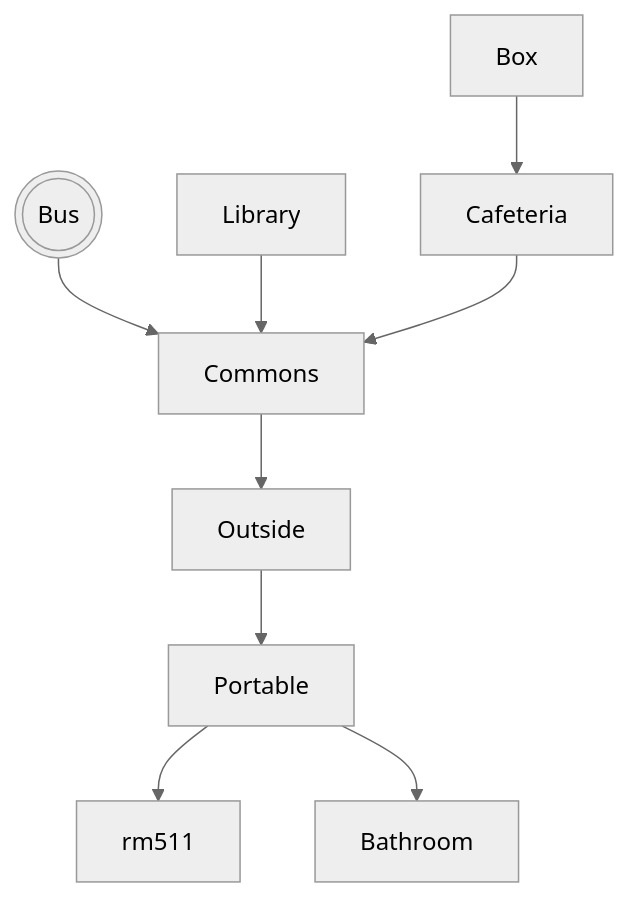
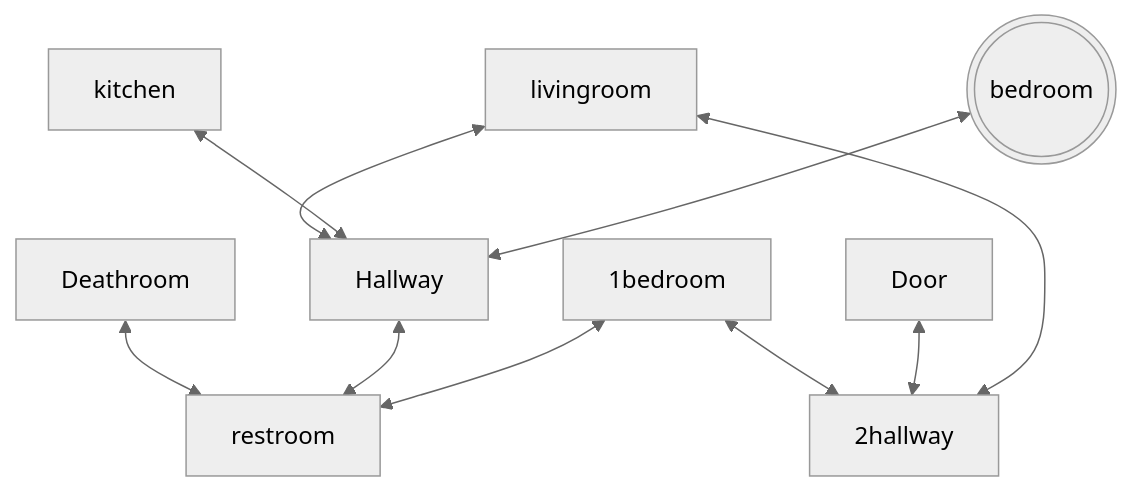
The diagram in projects/game/README.md (1-graybolt/1-graybolt.github.io), drawn with Mermaid (neutral theme) before and after one commit. The commit also changed other lines of this file, not shown here.

````diff
--- a/projects/game/README.md
+++ b/projects/game/README.md
@@ -11,11 +7,12 @@
 ```mermaid
 graph TD;
-    bus(((Bus)))-->Commons;
-    Library-->Commons;
-    Box-->Cafeteria;
-    Cafeteria-->Commons;
-    Commons-->Outside;
-    Outside-->Portable;
-    Portable-->rm511;
-    Portable-->Bathroom;
+    bedroom(((bedroom)))<-->Hallway;
+    kitchen<-->Hallway;
+    livingroom<-->Hallway;
+    livingroom<-->2hallway;
+    Door<-->2hallway;
+    1bedroom<-->2hallway;
+    1bedroom<-->restroom;
+    Hallway<-->restroom;
+    Deathroom<-->restroom;
 ```
````
